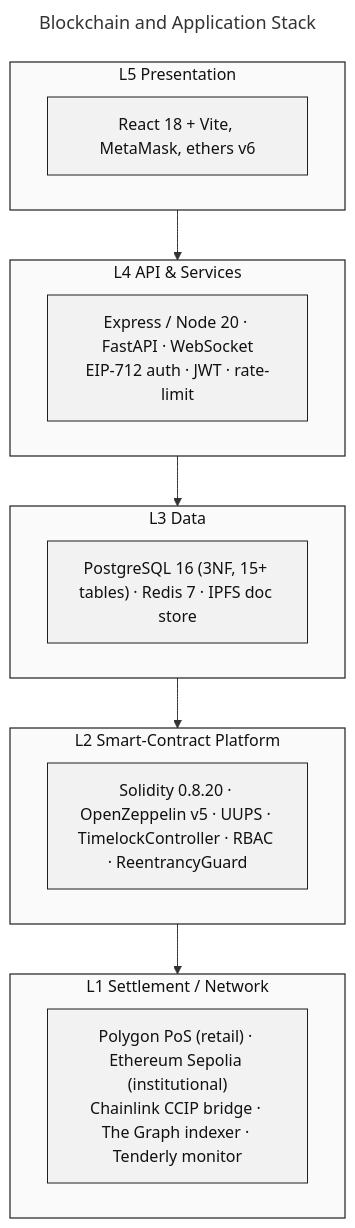
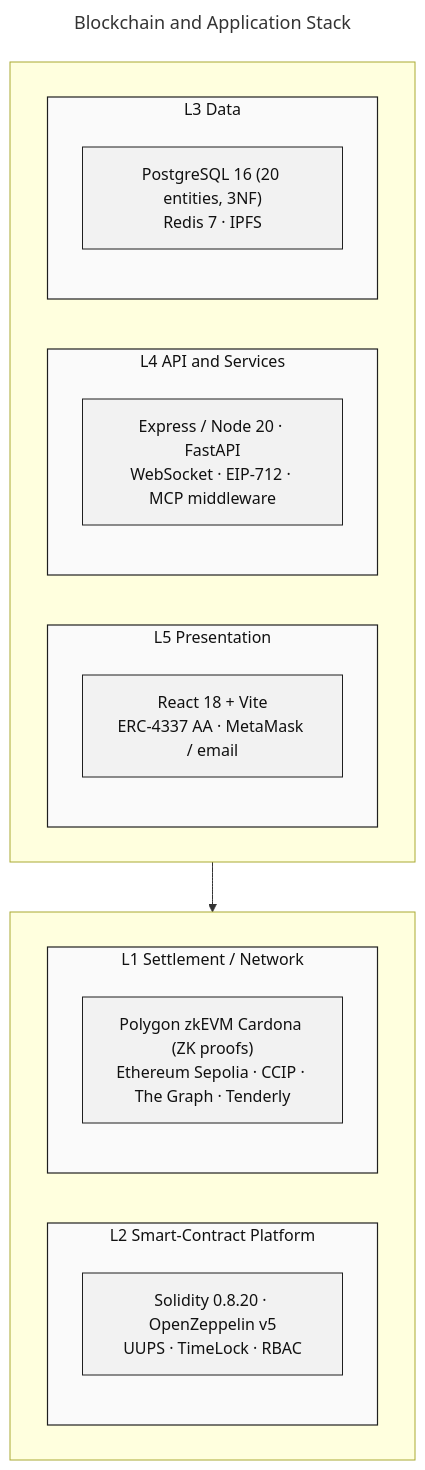
The diagram in Documentation/Diagrams/mermaid-src/improved diagrams/fig-blockchain-stack.mmd (Yuvraajrahman/Cryto-World-Bank), drawn with Mermaid before and after one commit. The commit also changed 272 other files, not shown here.

Commit message:
Diagram Updates

```diff
--- a/Documentation/Diagrams/mermaid-src/improved diagrams/fig-blockchain-stack.mmd
+++ b/Documentation/Diagrams/mermaid-src/improved diagrams/fig-blockchain-stack.mmd
@@ -1,26 +1,33 @@
 ---
 title: Blockchain and Application Stack
 ---
 flowchart TB
     classDef layer fill:#FAFAFA,stroke:#1F1F1F,stroke-width:1.2px,color:#111111
     classDef node  fill:#F2F2F2,stroke:#1F1F1F,stroke-width:1px,color:#111111
 
-    subgraph L5[" L5 Presentation "]
-        FE["React 18 + Vite, MetaMask, ethers v6"]:::node
-    end
-    subgraph L4[" L4 API & Services "]
-        API["Express / Node 20 · FastAPI · WebSocket<br/>EIP-712 auth · JWT · rate-limit"]:::node
-    end
-    subgraph L3[" L3 Data "]
-        DB["PostgreSQL 16 (3NF, 15+ tables) · Redis 7 · IPFS doc store"]:::node
-    end
-    subgraph L2[" L2 Smart-Contract Platform "]
-        SC["Solidity 0.8.20 · OpenZeppelin v5 · UUPS · TimelockController · RBAC · ReentrancyGuard"]:::node
-    end
-    subgraph L1[" L1 Settlement / Network "]
-        NET["Polygon PoS (retail) · Ethereum Sepolia (institutional)<br/>Chainlink CCIP bridge · The Graph indexer · Tenderly monitor"]:::node
+    subgraph TOP[" "]
+        direction LR
+        subgraph L5[" L5 Presentation "]
+            FE["React 18 + Vite<br/>ERC-4337 AA · MetaMask / email"]:::node
+        end
+        subgraph L4[" L4 API and Services "]
+            API["Express / Node 20 · FastAPI<br/>WebSocket · EIP-712 · MCP middleware"]:::node
+        end
+        subgraph L3[" L3 Data "]
+            DB["PostgreSQL 16 (20 entities, 3NF)<br/>Redis 7 · IPFS"]:::node
+        end
     end
 
-    L5 --> L4 --> L3 --> L2 --> L1
+    subgraph BOT[" "]
+        direction LR
+        subgraph L2[" L2 Smart-Contract Platform "]
+            SC["Solidity 0.8.20 · OpenZeppelin v5<br/>UUPS · TimeLock · RBAC"]:::node
+        end
+        subgraph L1[" L1 Settlement / Network "]
+            NET["Polygon zkEVM Cardona (ZK proofs)<br/>Ethereum Sepolia · CCIP · The Graph · Tenderly"]:::node
+        end
+    end
+
+    TOP --> BOT
 
     class L1,L2,L3,L4,L5 layer
```
